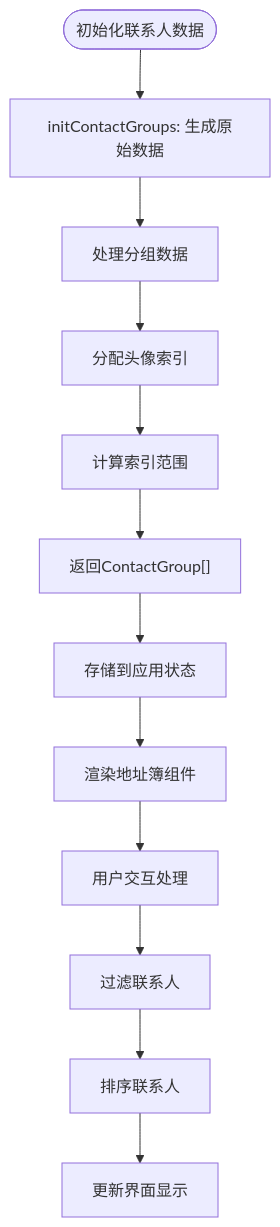
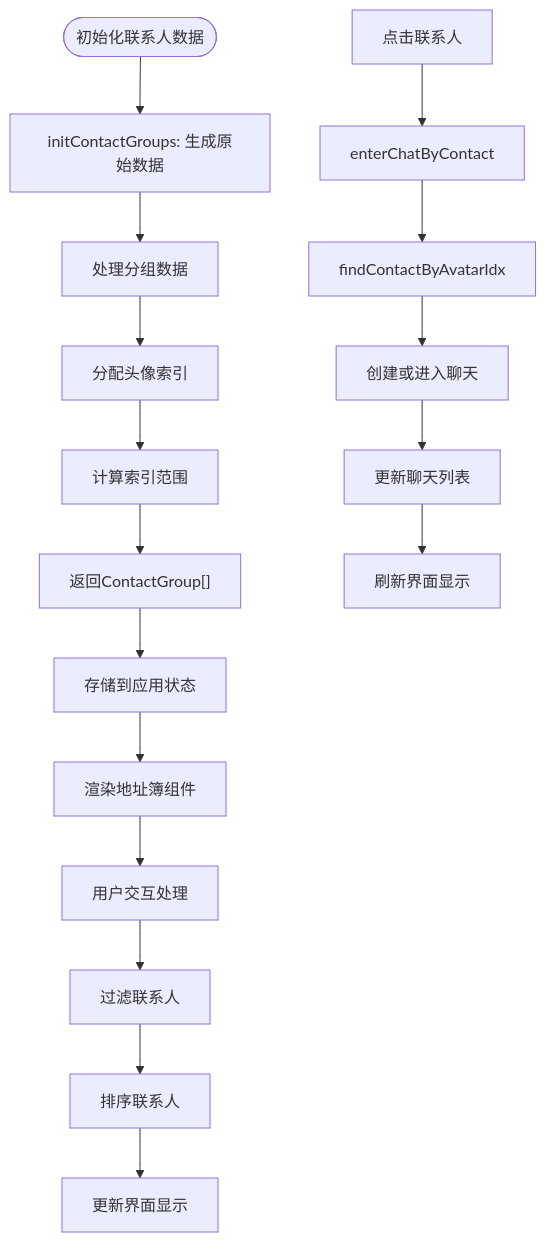
One commit to giserman001/vue3-vant4-mobile changed the ninth of 11 diagrams in .qoder/repowiki/zh/content/核心系统/状态管理系统/状态管理系统.md. Above: the diagram before and after it, drawn with Mermaid. The commit also changed other lines of this file and 13 other files, not shown here.

````diff
--- a/.qoder/repowiki/zh/content/核心系统/状态管理系统/状态管理系统.md
+++ b/.qoder/repowiki/zh/content/核心系统/状态管理系统/状态管理系统.md
@@ -524,14 +560,19 @@
 ```mermaid
 flowchart TD
 Start(["初始化联系人数据"]) --> InitRawData["initContactGroups: 生成原始数据"]
 InitRawData --> ProcessGroups["处理分组数据"]
 ProcessGroups --> AssignAvatarIdx["分配头像索引"]
 AssignAvatarIdx --> CalculateIndices["计算索引范围"]
 CalculateIndices --> ReturnData["返回ContactGroup[]"]
 ReturnData --> StoreInApp["存储到应用状态"]
 StoreInApp --> RenderAddressBook["渲染地址簿组件"]
 RenderAddressBook --> UserInteraction["用户交互处理"]
 UserInteraction --> FilterContacts["过滤联系人"]
 FilterContacts --> SortContacts["排序联系人"]
 SortContacts --> UpdateUI["更新界面显示"]
+UserClick["点击联系人"] --> EnterChat["enterChatByContact"]
+EnterChat --> FindContact["findContactByAvatarIdx"]
+FindContact --> CreateOrEnter["创建或进入聊天"]
+CreateOrEnter --> UpdateChatList["更新聊天列表"]
+UpdateChatList --> RefreshUI["刷新界面显示"]
 ```
````
